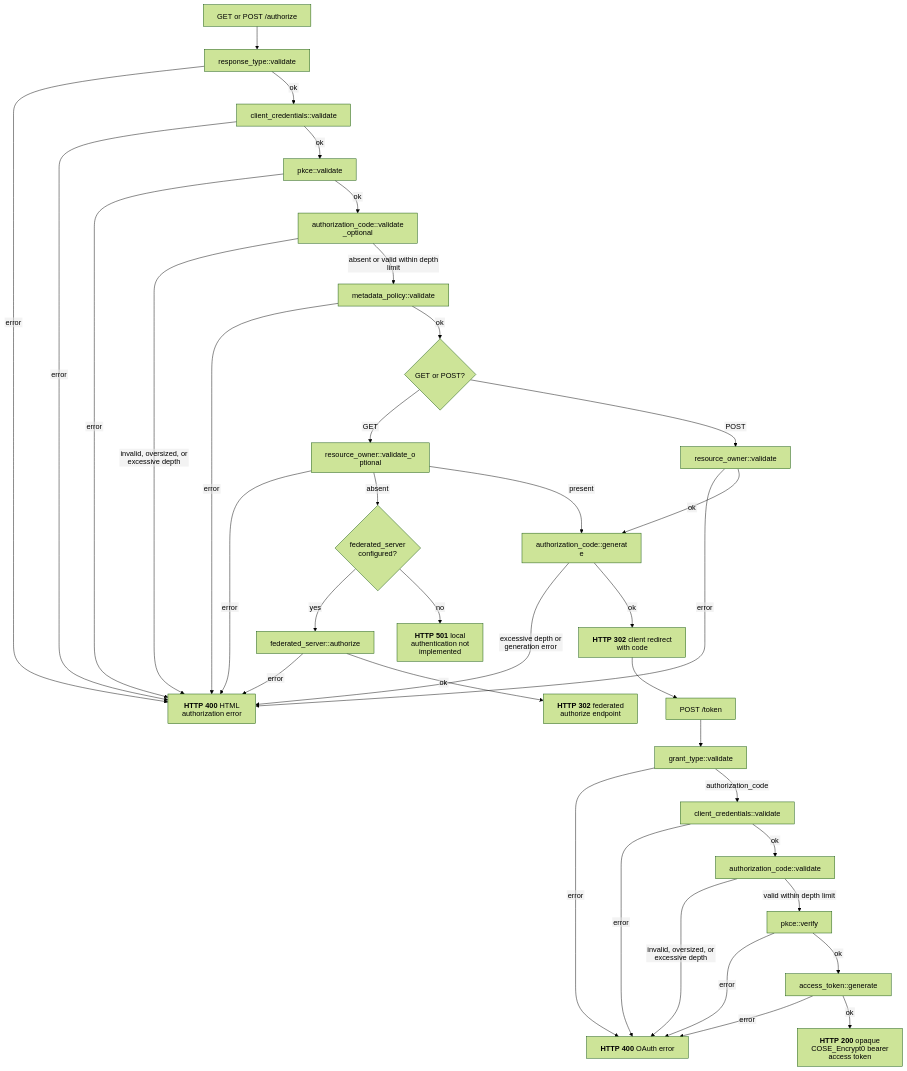
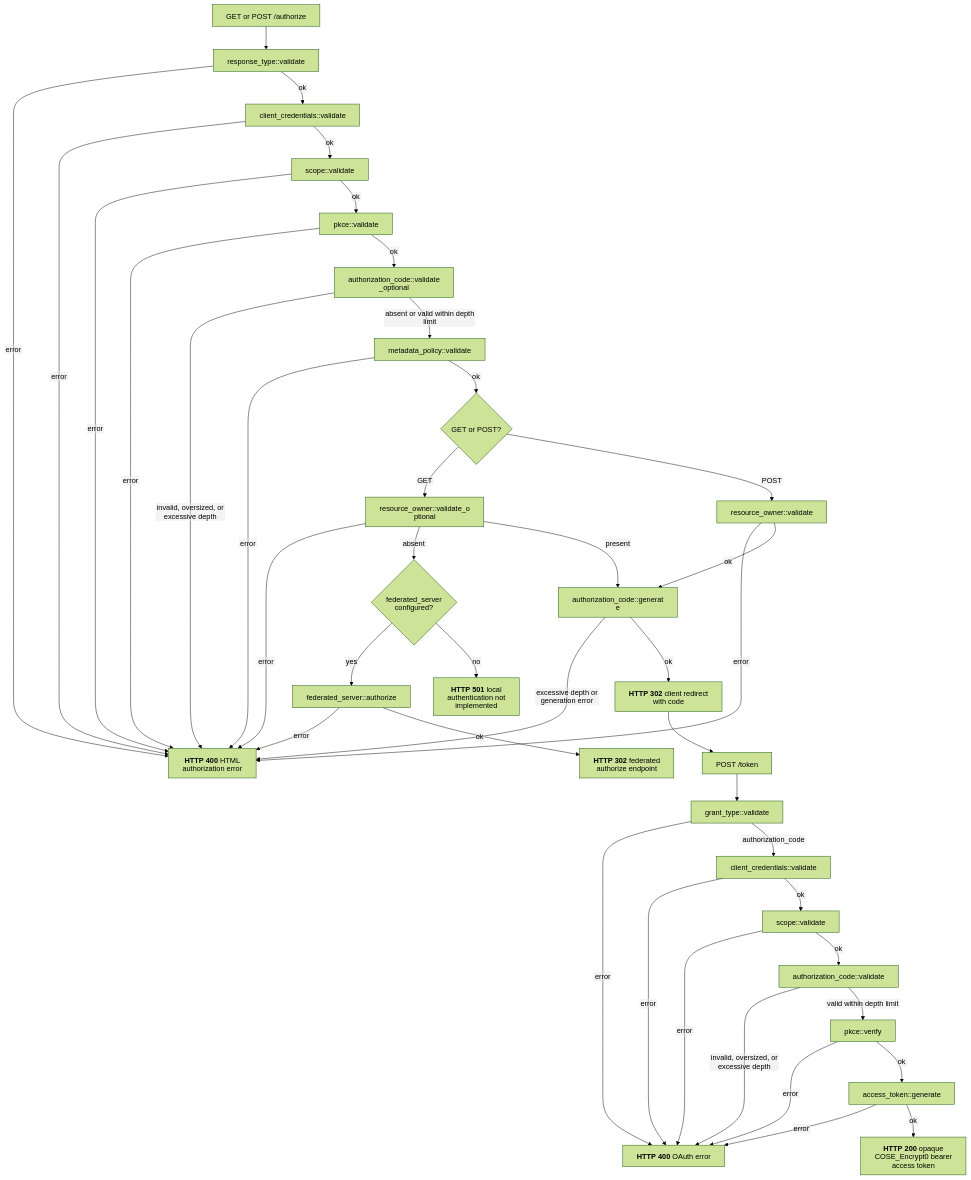
One commit to malach-it/kagome changed the diagram in docs/flows/oauth/authorization_code.mmd. Above: the diagram before and after it, drawn with Mermaid (forest theme). The commit also changed 49 other files, not shown here.

Commit message:
feat: validate client authorized scopes

```diff
--- a/docs/flows/oauth/authorization_code.mmd
+++ b/docs/flows/oauth/authorization_code.mmd
@@ -1,38 +1,42 @@
 %%{init: {"htmlLabels": false, "flowchart": {"htmlLabels": false}}}%%
 flowchart TD
     start[GET or POST /authorize] --> response_type["response_type::validate"]
     response_type -- error --> authorize_error["`**HTTP 400** HTML authorization error`"]
     response_type -- ok --> client["client_credentials::validate"]
     client -- error --> authorize_error
-    client -- ok --> challenge["pkce::validate"]
+    client -- ok --> authorize_scope["scope::validate"]
+    authorize_scope -- error --> authorize_error
+    authorize_scope -- ok --> challenge["pkce::validate"]
     challenge -- error --> authorize_error
     challenge -- ok --> previous["authorization_code::validate_optional"]
     previous -- invalid, oversized, or excessive depth --> authorize_error
     previous -- absent or valid within depth limit --> policy["metadata_policy::validate"]
     policy -- error --> authorize_error
     policy -- ok --> method{GET or POST?}
     method -- GET --> owner_optional["resource_owner::validate_optional"]
     owner_optional -- error --> authorize_error
     owner_optional -- absent --> federation{federated_server configured?}
     federation -- yes --> federate["federated_server::authorize"]
     federate -- error --> authorize_error
     federate -- ok --> federated_redirect["`**HTTP 302** federated authorize endpoint`"]
     federation -- no --> not_implemented["`**HTTP 501** local authentication not implemented`"]
     owner_optional -- present --> issue
     method -- POST --> owner["resource_owner::validate"]
     owner -- error --> authorize_error
     owner -- ok --> issue["authorization_code::generate"]
     issue -- excessive depth or generation error --> authorize_error
     issue -- ok --> redirect["`**HTTP 302** client redirect with code`"]
     redirect --> token[POST /token]
     token --> grant["grant_type::validate"]
     grant -- error --> token_error["`**HTTP 400** OAuth error`"]
     grant -- authorization_code --> token_client["client_credentials::validate"]
     token_client -- error --> token_error
-    token_client -- ok --> code["authorization_code::validate"]
+    token_client -- ok --> token_scope["scope::validate"]
+    token_scope -- error --> token_error
+    token_scope -- ok --> code["authorization_code::validate"]
     code -- invalid, oversized, or excessive depth --> token_error
     code -- valid within depth limit --> verifier["pkce::verify"]
     verifier -- error --> token_error
     verifier -- ok --> access["access_token::generate"]
     access -- error --> token_error
     access -- ok --> success["`**HTTP 200** opaque COSE_Encrypt0 bearer access token`"]
```
